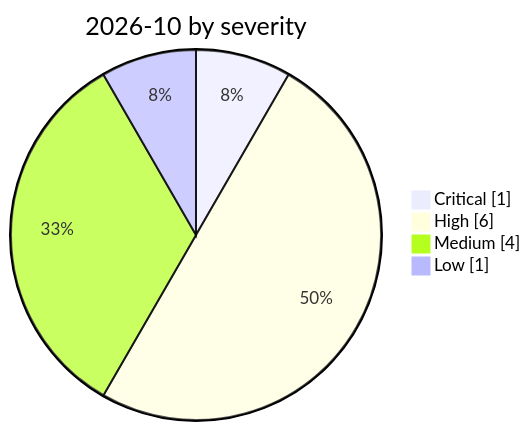
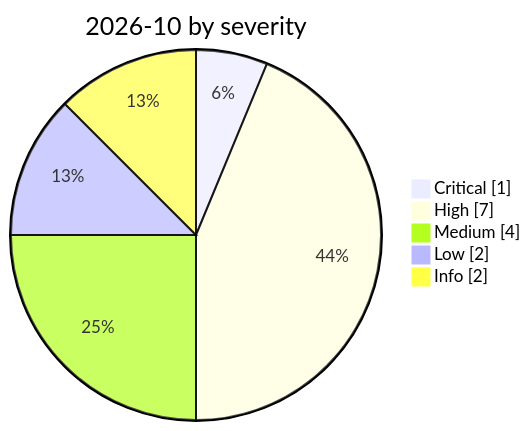
Before and after one commit to Continuum-AI-Corp/Orca-AI-Incident-Archive: the diagram in incidents/2026-10/README.md, drawn with Mermaid. The commit also changed other lines of this file and 41 other files, not shown here.

````diff
--- a/incidents/2026-10/README.md
+++ b/incidents/2026-10/README.md
@@ -8,8 +8,9 @@
 ```mermaid
 pie showData
     title 2026-10 by severity
     "Critical" : 1
-    "High" : 6
+    "High" : 7
     "Medium" : 4
-    "Low" : 1
+    "Low" : 2
+    "Info" : 2
 ```
````
